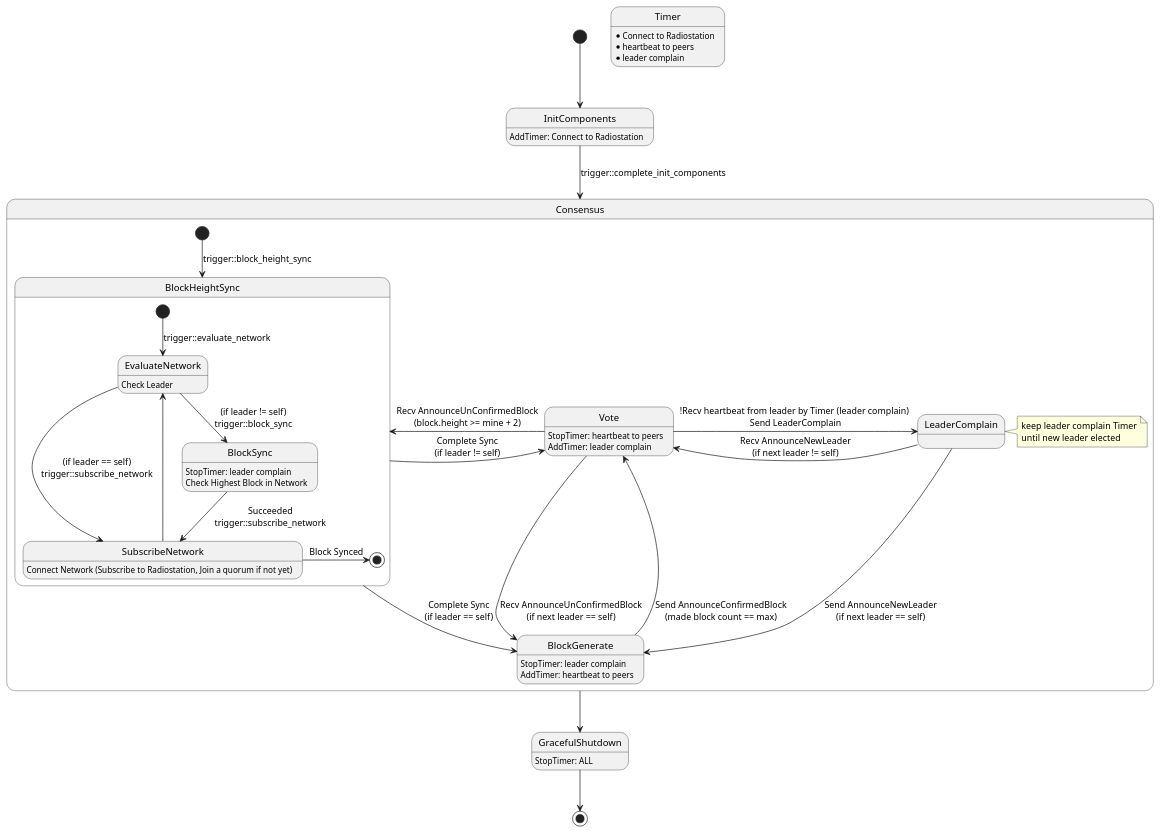
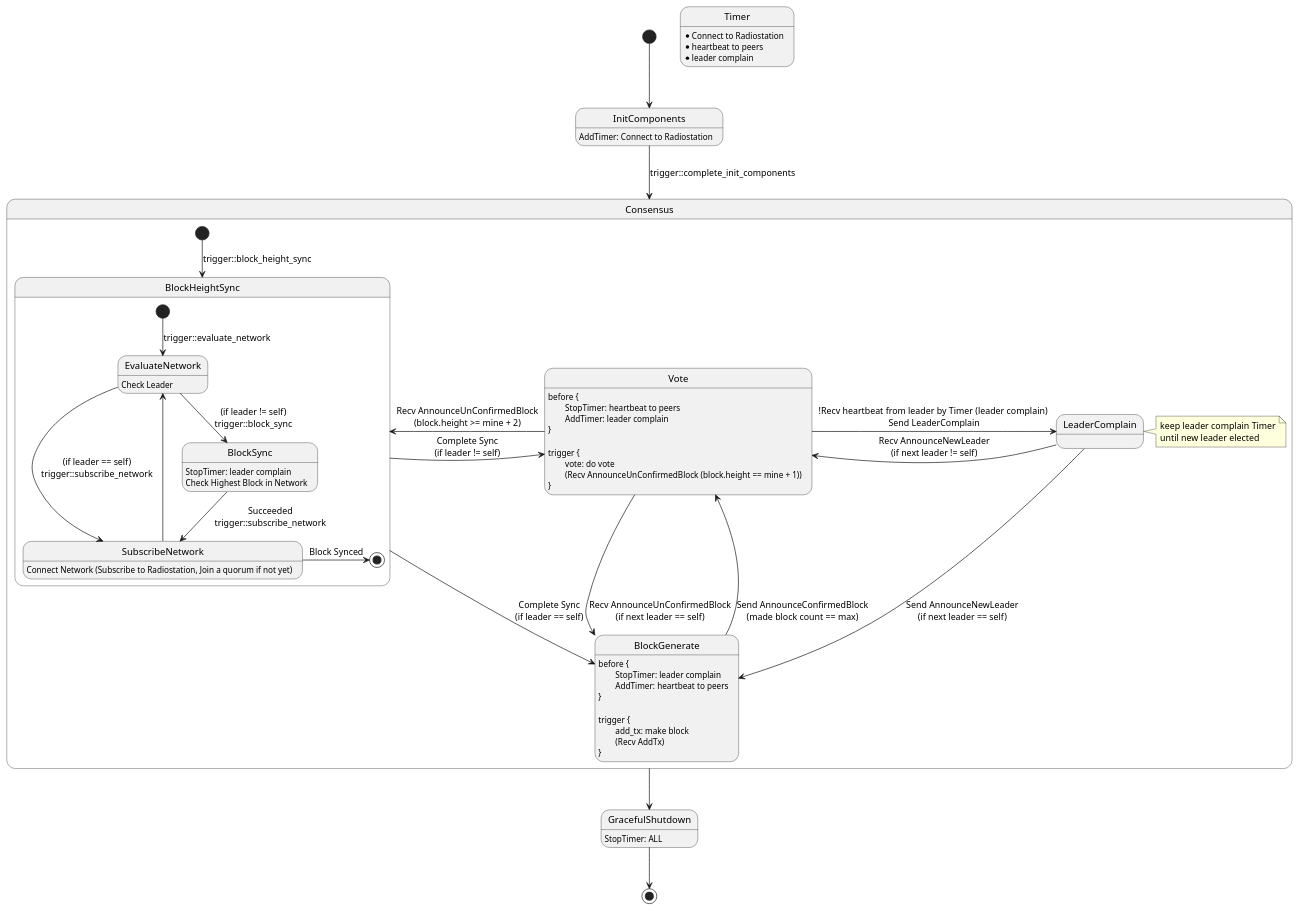
One commit to icon-project/loopchain changed the diagram in docs/8. diagram/state_machine_in_siever.wsd. Above: the diagram before and after it, drawn with PlantUML. The commit also changed 2 other files, not shown here.

Commit message:
Add complete_sync trigger interface with condition

```diff
--- a/docs/8. diagram/state_machine_in_siever.wsd
+++ b/docs/8. diagram/state_machine_in_siever.wsd
@@ -1,59 +1,71 @@
 @startuml State Machine in Siever
 
 [*] --> InitComponents
 InitComponents: AddTimer: Connect to Radiostation
 
 InitComponents --> Consensus : trigger::complete_init_components
 
 state Timer
 Timer: * Connect to Radiostation
 Timer: * heartbeat to peers
 Timer: * leader complain
 
 state Consensus {
     [*] --> BlockHeightSync : trigger::block_height_sync
 
     state BlockHeightSync {
         [*] --> EvaluateNetwork : trigger::evaluate_network
 
         EvaluateNetwork: Check Leader
         EvaluateNetwork --> BlockSync : (if leader != self)\ntrigger::block_sync
         EvaluateNetwork --> SubscribeNetwork : (if leader == self)\ntrigger::subscribe_network
 
         BlockSync: StopTimer: leader complain
         BlockSync: Check Highest Block in Network
         BlockSync --> SubscribeNetwork : Succeeded\ntrigger::subscribe_network
 
         SubscribeNetwork: Connect Network (Subscribe to Radiostation, Join a quorum if not yet)
         SubscribeNetwork -up-> EvaluateNetwork
         SubscribeNetwork -right-> [*] : Block Synced
 
     }
     BlockHeightSync --> BlockGenerate: Complete Sync\n(if leader == self)
     BlockHeightSync -> Vote: Complete Sync\n(if leader != self)
 
-    BlockGenerate: StopTimer: leader complain
-    BlockGenerate: AddTimer: heartbeat to peers
-    BlockGenerate -> Vote : Send AnnounceConfirmedBlock\n(made block count == max)
-
-    Vote: StopTimer: heartbeat to peers
-    Vote: AddTimer: leader complain
+    Vote: before {
+    Vote: \tStopTimer: heartbeat to peers
+    Vote: \tAddTimer: leader complain
+    Vote: }
+    Vote: 
+    Vote: trigger {
+    Vote: \tvote: do vote\n\t(Recv AnnounceUnConfirmedBlock (block.height == mine + 1))
+    Vote: }
     Vote -left-> BlockHeightSync : Recv AnnounceUnConfirmedBlock\n(block.height >= mine + 2)
     Vote -> BlockGenerate : Recv AnnounceUnConfirmedBlock\n(if next leader == self)
     Vote -> LeaderComplain : !Recv heartbeat from leader by Timer (leader complain) \nSend LeaderComplain
+
+    BlockGenerate: before {
+    BlockGenerate: \tStopTimer: leader complain
+    BlockGenerate: \tAddTimer: heartbeat to peers
+    BlockGenerate: }
+    BlockGenerate: 
+    BlockGenerate: trigger {
+    BlockGenerate: \tadd_tx: make block\n\t(Recv AddTx)
+    BlockGenerate: }
+    BlockGenerate -> Vote : Send AnnounceConfirmedBlock\n(made block count == max)
 
     state LeaderComplain
     note right of LeaderComplain
       keep leader complain Timer
       until new leader elected
     end note
     LeaderComplain -> Vote : Recv AnnounceNewLeader\n(if next leader != self)
     LeaderComplain --> BlockGenerate : Send AnnounceNewLeader\n(if next leader == self)
 }
 
 Consensus --> GracefulShutdown
 
 GracefulShutdown: StopTimer: ALL
 GracefulShutdown --> [*]
 
 @enduml
```
